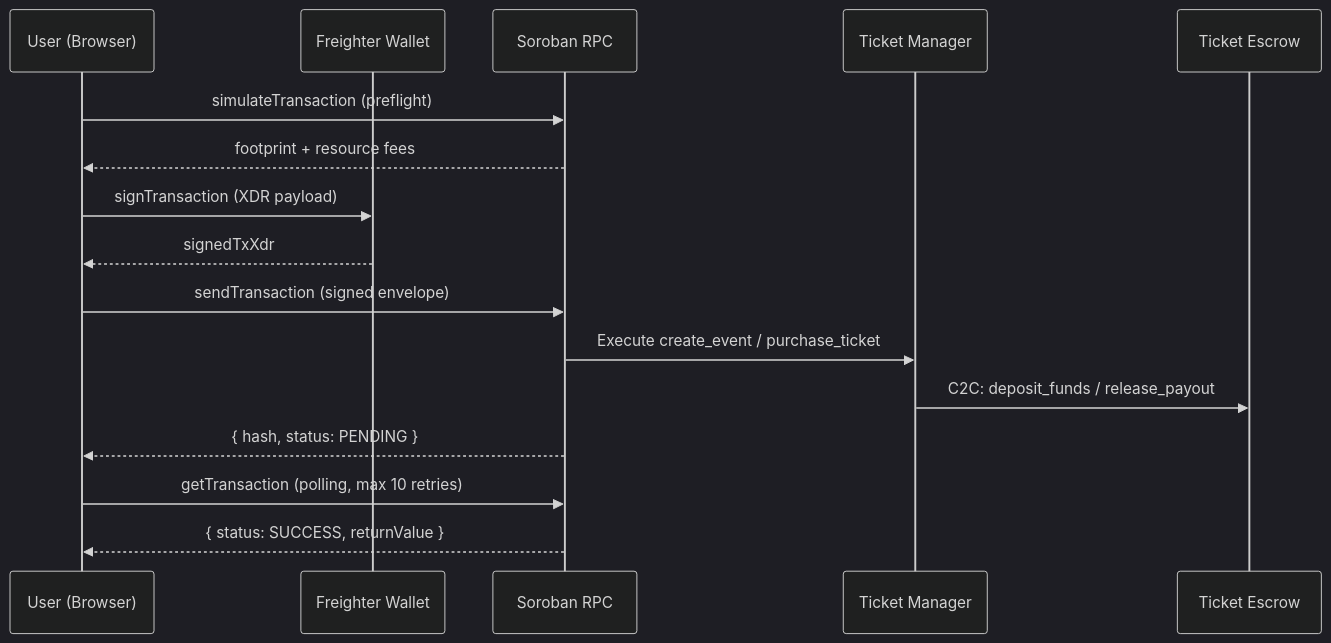
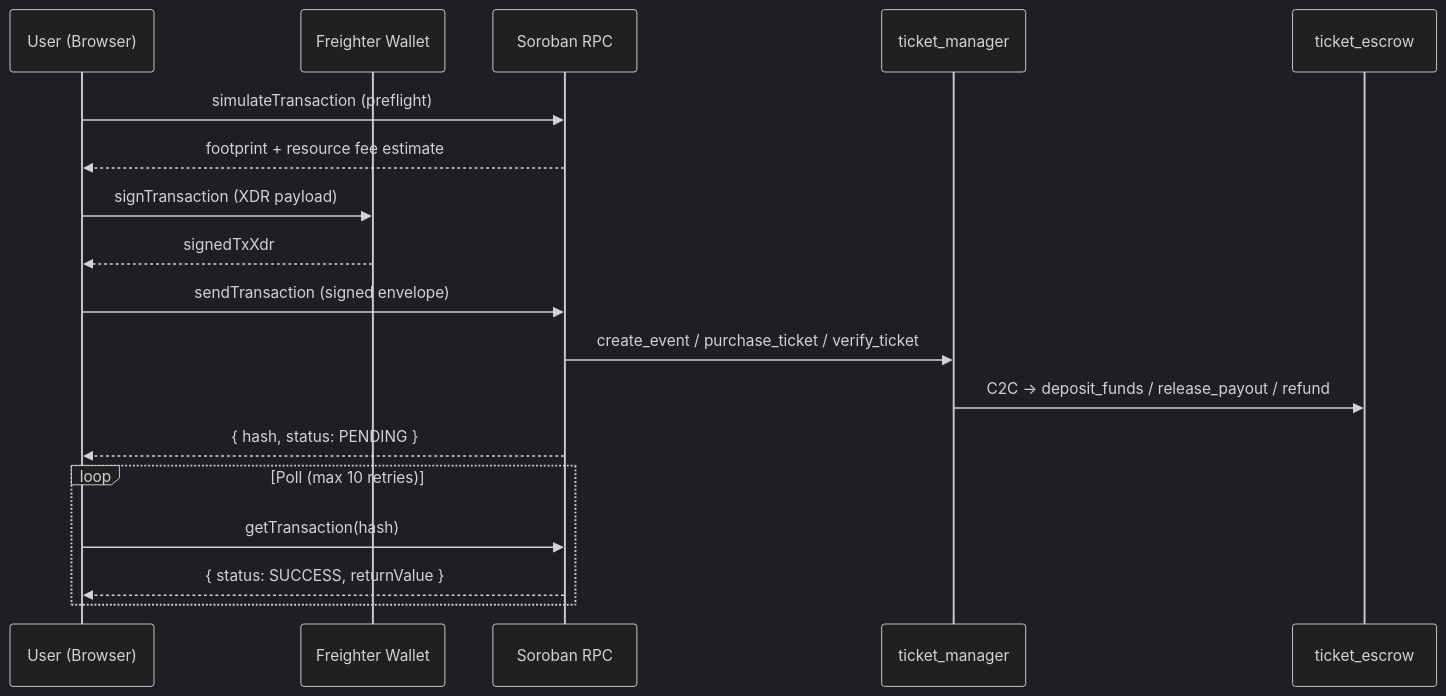
One commit to codeepsingh/TicketChain changed the second of 2 diagrams in README.md. Above: the diagram before and after it, drawn with Mermaid (dark theme). The commit also changed other lines of this file and 24 other files, not shown here.

````diff
--- a/README.md
+++ b/README.md
@@ -63,19 +109,21 @@
 ```mermaid
 sequenceDiagram
     participant U as User (Browser)
     participant F as Freighter Wallet
     participant R as Soroban RPC
-    participant TM as Ticket Manager
-    participant TE as Ticket Escrow
+    participant TM as ticket_manager
+    participant TE as ticket_escrow
 
     U->>R: simulateTransaction (preflight)
-    R-->>U: footprint + resource fees
+    R-->>U: footprint + resource fee estimate
     U->>F: signTransaction (XDR payload)
     F-->>U: signedTxXdr
     U->>R: sendTransaction (signed envelope)
-    R->>TM: Execute create_event / purchase_ticket
-    TM->>TE: C2C: deposit_funds / release_payout
+    R->>TM: create_event / purchase_ticket / verify_ticket
+    TM->>TE: C2C → deposit_funds / release_payout / refund
     R-->>U: { hash, status: PENDING }
-    U->>R: getTransaction (polling, max 10 retries)
-    R-->>U: { status: SUCCESS, returnValue }
+    loop Poll (max 10 retries)
+        U->>R: getTransaction(hash)
+        R-->>U: { status: SUCCESS, returnValue }
+    end
 ```
````
